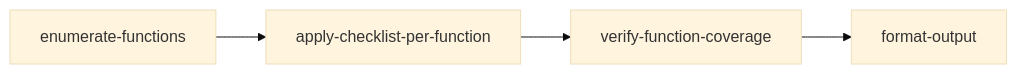
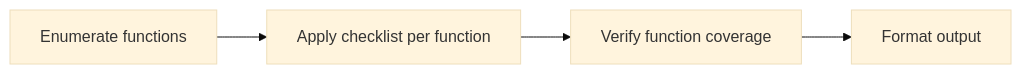
The fifth of 6 diagrams in substrate-node-security-audit/README.md (m2ux/workflow-server), drawn with Mermaid (base theme) before and after one commit. The commit also changed other lines of this file, not shown here.

````diff
--- a/substrate-node-security-audit/README.md
+++ b/substrate-node-security-audit/README.md
@@ -177,6 +172,6 @@
 ```mermaid
 graph LR
-    TK1[enumerate-functions] --> TK2[apply-checklist-per-function]
-    TK2 --> TK3[verify-function-coverage]
-    TK3 --> TK4[format-output]
+    TK1[Enumerate functions] --> TK2[Apply checklist per function]
+    TK2 --> TK3[Verify function coverage]
+    TK3 --> TK4[Format output]
 ```
````
